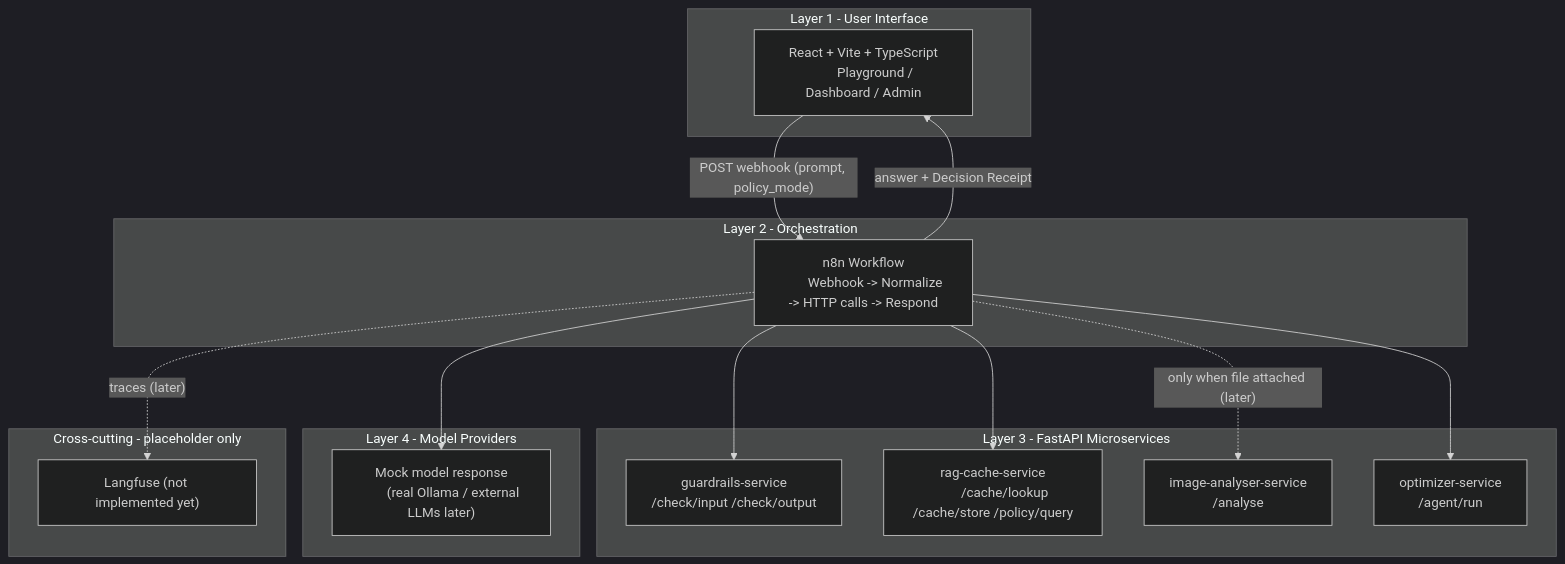
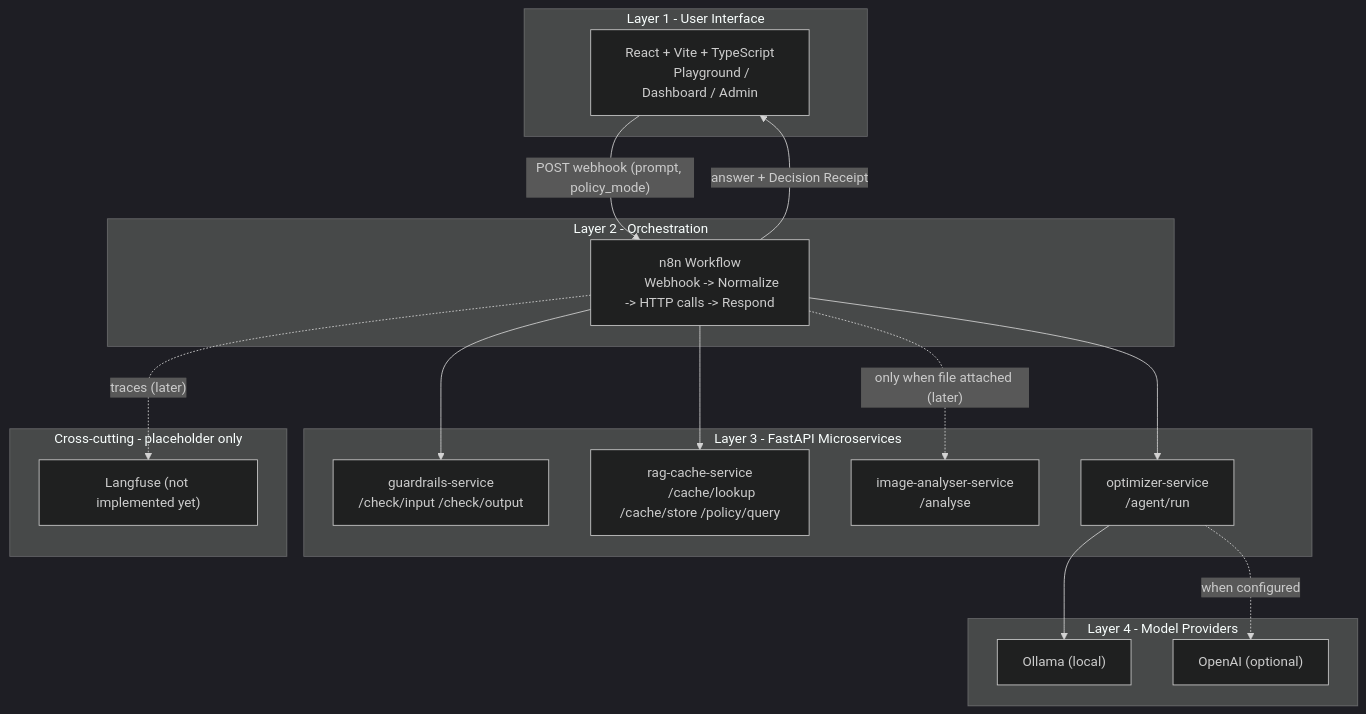
One commit to tomeryoel/tokenwise changed the first of 3 diagrams in docs/architecture.md. Above: the diagram before and after it, drawn with Mermaid (dark theme). The commit also changed other lines of this file and 3 other files, not shown here.

Commit message:
docs(providers): document real model execution and configuration

````diff
--- a/docs/architecture.md
+++ b/docs/architecture.md
@@ -10,41 +10,42 @@
 ```mermaid
 flowchart TB
     subgraph L1 [Layer 1 - User Interface]
         UI["React + Vite + TypeScript
         Playground / Dashboard / Admin"]
     end
 
     subgraph L2 [Layer 2 - Orchestration]
         N8N["n8n Workflow
         Webhook -> Normalize -> HTTP calls -> Respond"]
     end
 
     subgraph L3 [Layer 3 - FastAPI Microservices]
         GR["guardrails-service
         /check/input /check/output"]
         RAG["rag-cache-service
         /cache/lookup /cache/store /policy/query"]
         IMG["image-analyser-service
         /analyse"]
         OPT["optimizer-service
         /agent/run"]
     end
 
     subgraph L4 [Layer 4 - Model Providers]
-        MOCK["Mock model response
-        (real Ollama / external LLMs later)"]
+        OLLAMA["Ollama (local)"]
+        OPENAI["OpenAI (optional)"]
     end
 
     subgraph X [Cross-cutting - placeholder only]
         LF["Langfuse (not implemented yet)"]
     end
 
     UI -->|"POST webhook (prompt, policy_mode)"| N8N
     N8N --> GR
     N8N --> RAG
     N8N --> OPT
     N8N -. "only when file attached (later)" .-> IMG
-    N8N --> MOCK
+    OPT --> OLLAMA
+    OPT -. "when configured" .-> OPENAI
     N8N -->|"answer + Decision Receipt"| UI
     N8N -. "traces (later)" .-> LF
 ```
````
